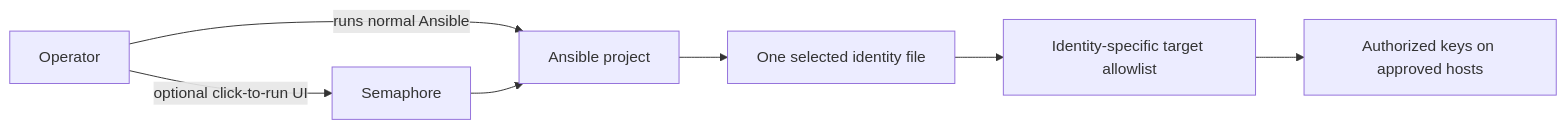
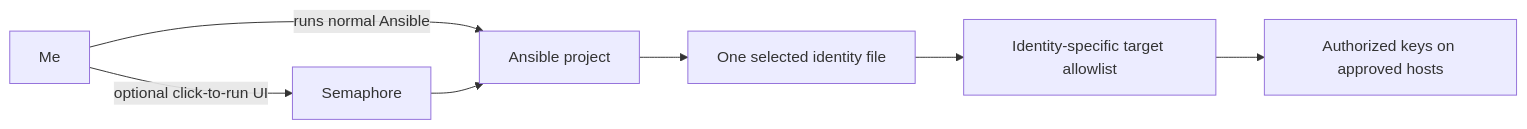
One commit to Duresa7/Homelab changed the first of 3 diagrams in Platforms/Ansible/Documentation/Architecture.md. Above: the diagram before and after it, drawn with Mermaid. The commit also changed other lines of this file and 13 other files, not shown here.

````diff
--- a/Platforms/Ansible/Documentation/Architecture.md
+++ b/Platforms/Ansible/Documentation/Architecture.md
@@ -10,9 +10,9 @@
 ```mermaid
 flowchart LR
-    O["Operator"] -->|"runs normal Ansible"| A["Ansible project"]
+    O["Me"] -->|"runs normal Ansible"| A["Ansible project"]
     O -->|"optional click-to-run UI"| S["Semaphore"]
     S --> A
     A --> I["One selected identity file"]
     I --> T["Identity-specific target allowlist"]
     T --> H["Authorized keys on approved hosts"]
 ```
````
